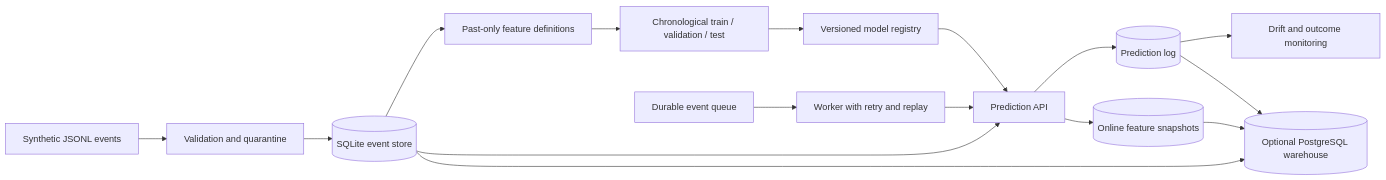
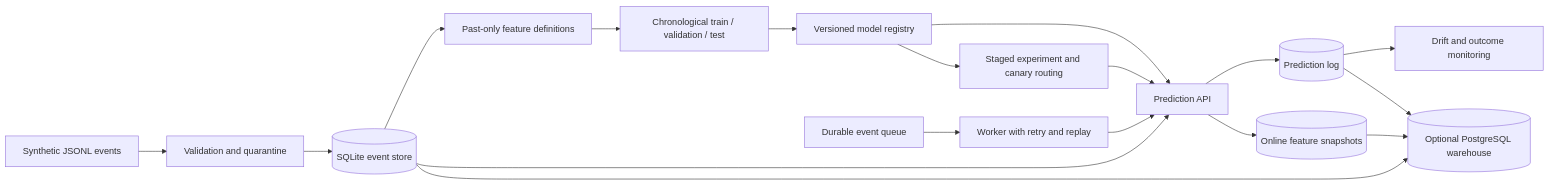
The diagram in README.md (serigela/FeatureForge), drawn with Mermaid before and after one commit. The commit also changed other lines of this file, not shown here.

````diff
--- a/README.md
+++ b/README.md
@@ -34,18 +34,20 @@
 ```mermaid
 flowchart LR
   A[Synthetic JSONL events] --> B[Validation and quarantine]
   B --> C[(SQLite event store)]
   C --> D[Past-only feature definitions]
   D --> E[Chronological train / validation / test]
   E --> F[Versioned model registry]
   F --> G[Prediction API]
+  F --> N[Staged experiment and canary routing]
+  N --> G
   C --> G
   G --> H[(Prediction log)]
   H --> I[Drift and outcome monitoring]
   J[Durable event queue] --> K[Worker with retry and replay]
   K --> G
   G --> L[(Online feature snapshots)]
   C --> M[(Optional PostgreSQL warehouse)]
   H --> M
   L --> M
 ```
````
